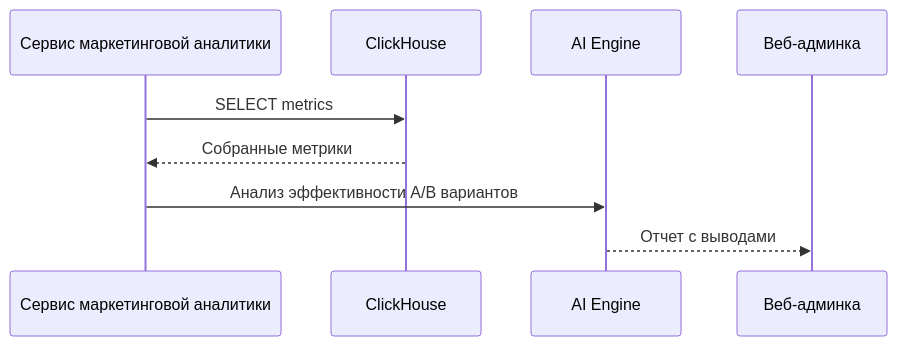
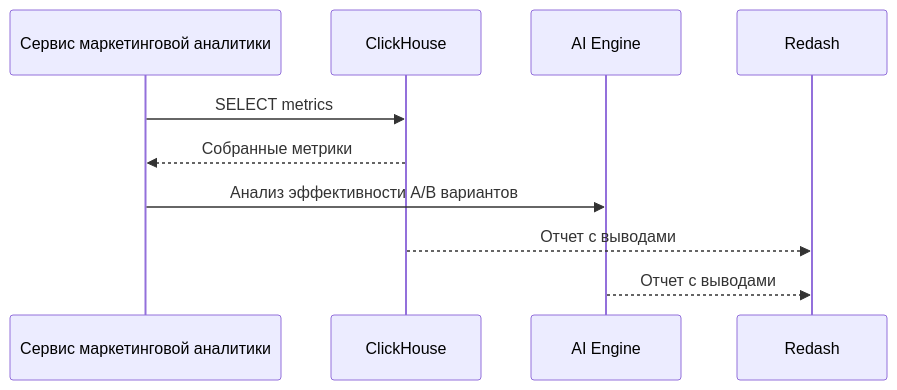
The diagram in architecture/application-usage-scenarios/ab-testing.md (andreyantropov/architect-coursework), drawn with Mermaid before and after one commit. The commit also changed 9 other files, not shown here.

Commit message:
fix: Internal API Gateway заменен на External API Gateway во всех схемах (ChatGPT зачем-то переименовал при переносе из Google Disk в Gitlab).

````diff
--- a/architecture/application-usage-scenarios/ab-testing.md
+++ b/architecture/application-usage-scenarios/ab-testing.md
@@ -3,12 +3,13 @@
 ```mermaid
 sequenceDiagram
     participant MK as Сервис маркетинговой аналитики
     participant DB as ClickHouse
     participant A as AI Engine
-    participant UI as Веб-админка
+    participant UI as Redash
 
     MK->>DB: SELECT metrics
     DB-->>MK: Собранные метрики
     MK->>A: Анализ эффективности A/B вариантов
+    DB-->>UI: Отчет с выводами
     A-->>UI: Отчет с выводами
 ```
````
